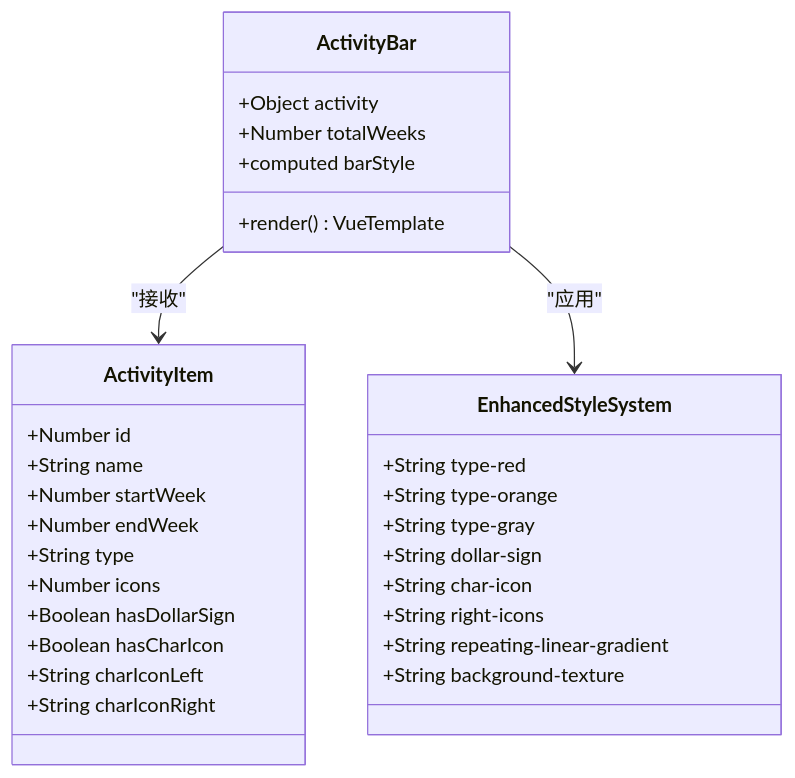
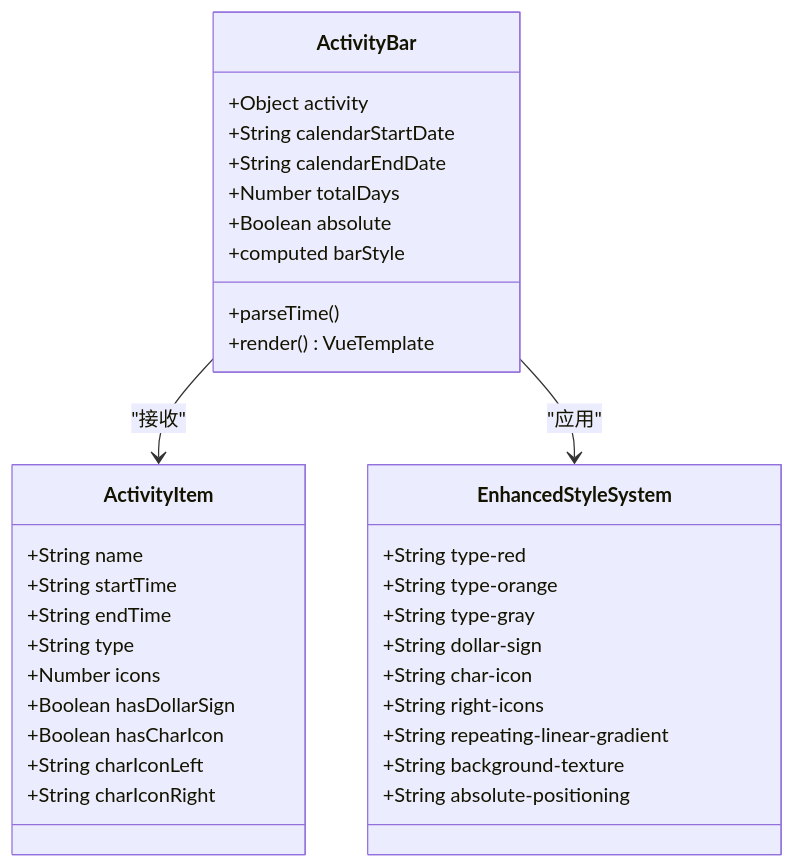
The fifth of 8 diagrams in .qoder/repowiki/zh/content/核心组件/ActivityBar 活动条目组件.md (xuanyulingnfeg/gameCalendar), drawn with Mermaid before and after one commit. The commit also changed other lines of this file and 5 other files, not shown here.

````diff
--- a/.qoder/repowiki/zh/content/核心组件/ActivityBar 活动条目组件.md
+++ b/.qoder/repowiki/zh/content/核心组件/ActivityBar 活动条目组件.md
@@ -192,33 +227,37 @@
 ```mermaid
 classDiagram
 class ActivityBar {
 +Object activity
-+Number totalWeeks
++String calendarStartDate
++String calendarEndDate
++Number totalDays
++Boolean absolute
 +computed barStyle
++parseTime()
 +render() VueTemplate
 }
 class ActivityItem {
-+Number id
 +String name
-+Number startWeek
-+Number endWeek
++String startTime
++String endTime
 +String type
 +Number icons
 +Boolean hasDollarSign
 +Boolean hasCharIcon
 +String charIconLeft
 +String charIconRight
 }
 class EnhancedStyleSystem {
 +String type-red
 +String type-orange
 +String type-gray
 +String dollar-sign
 +String char-icon
 +String right-icons
 +String repeating-linear-gradient
 +String background-texture
++String absolute-positioning
 }
 ActivityBar --> ActivityItem : "接收"
 ActivityBar --> EnhancedStyleSystem : "应用"
 ```
````
